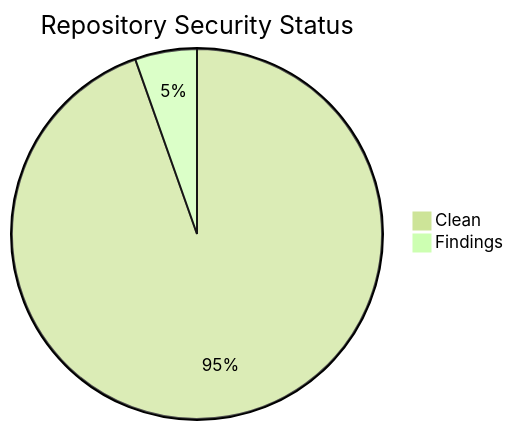
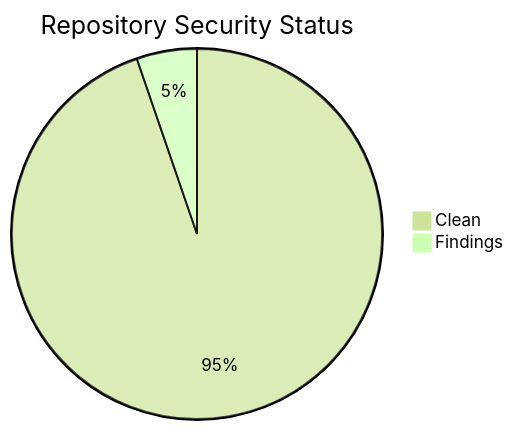
One commit to icepaule/icepaule.github.io changed the second of 2 diagrams in projects/status.md. Above: the diagram before and after it, drawn with Mermaid (forest theme). The commit also changed other lines of this file and 6 other files, not shown here.

````diff
--- a/projects/status.md
+++ b/projects/status.md
@@ -100,5 +101,5 @@
 ```mermaid
 pie title Repository Security Status
-    "Clean" : 35
+    "Clean" : 36
     "Findings" : 2
 ```
````
